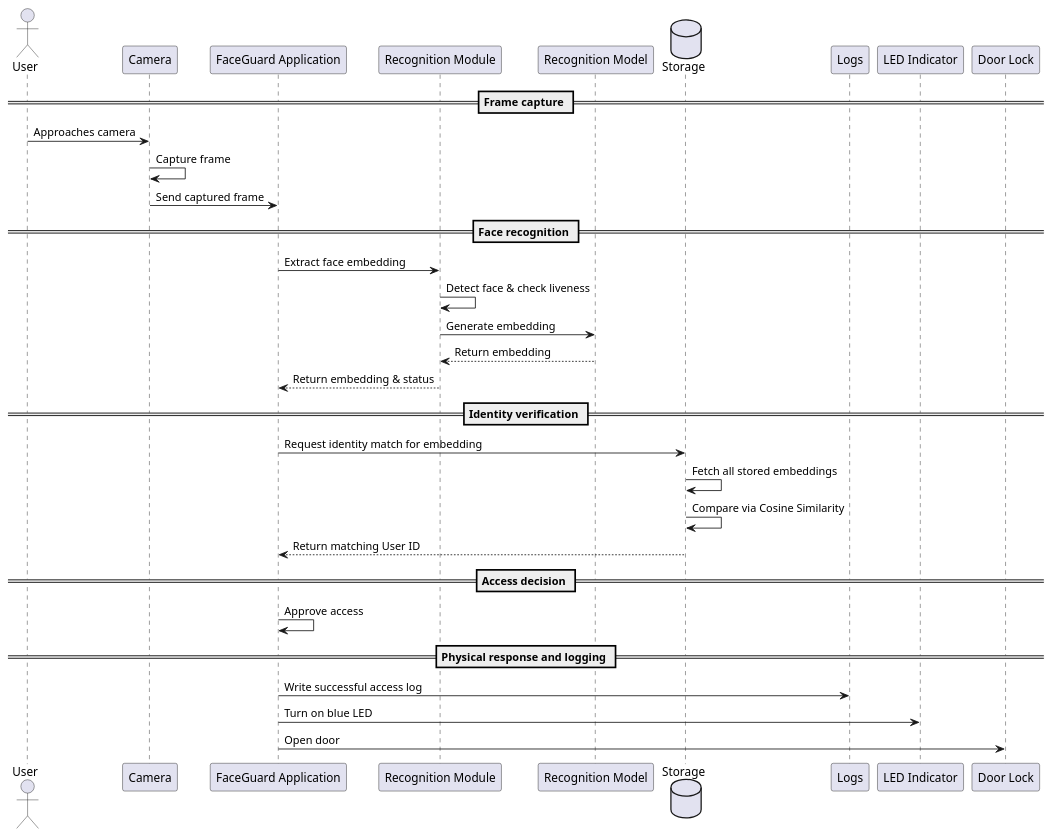
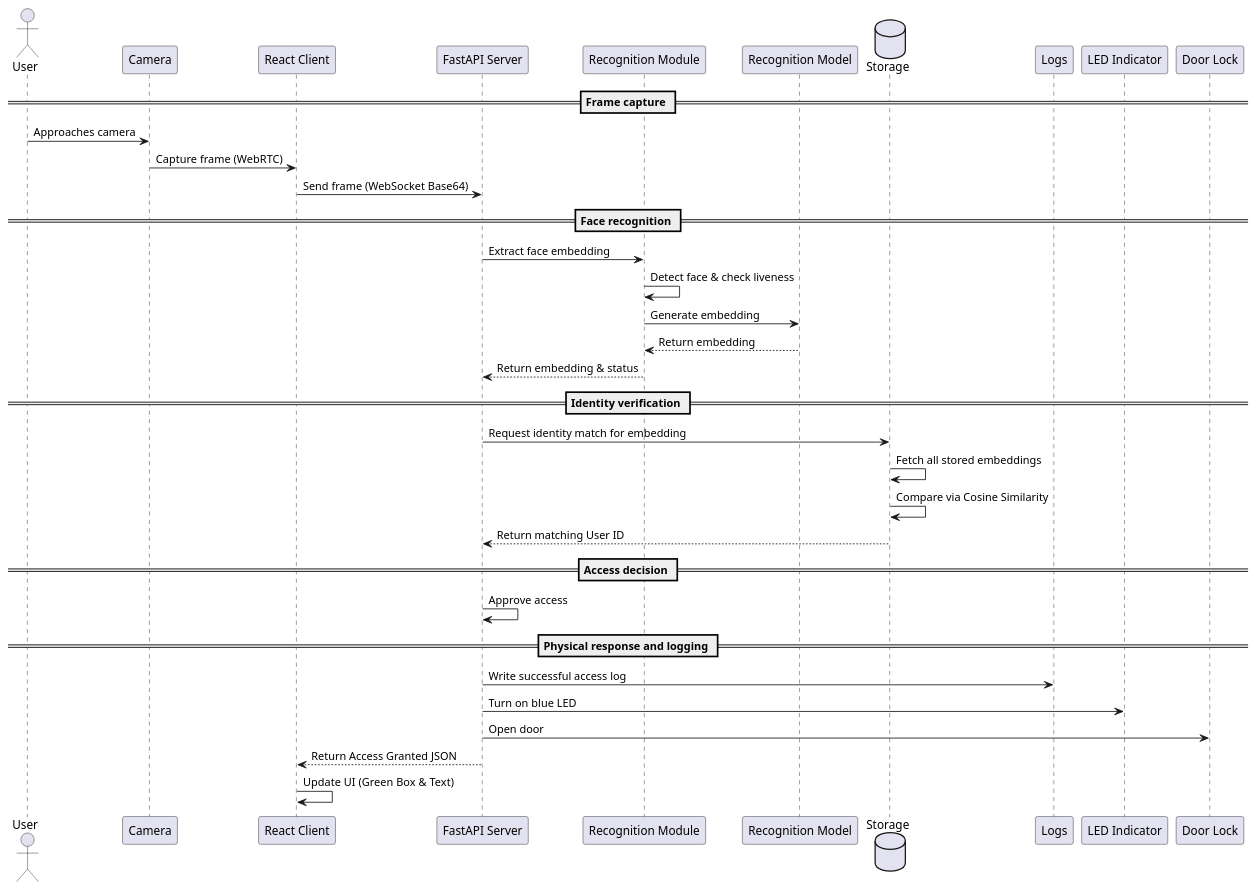
The diagram in docs/architecture/dynamic-view/sequence-diagram.puml (Innopolis-Robotics-Society/FaceGuardV3), drawn with PlantUML before and after one commit. The commit also changed 13 other files, not shown here.

Commit message:
docs: update architecture documentation and UATs for React/FastAPI transition, add ADR-005, and finalize Streamlit removal

```diff
--- a/docs/architecture/dynamic-view/sequence-diagram.puml
+++ b/docs/architecture/dynamic-view/sequence-diagram.puml
@@ -1,39 +1,42 @@
 @startuml dynamic-view
 
 actor User
 participant Camera
-participant "FaceGuard Application" as App
+participant "React Client" as Client
+participant "FastAPI Server" as Server
 participant "Recognition Module" as Recognition
 participant "Recognition Model" as Model
 database Storage
 participant Logs
 participant "LED Indicator" as LED
 participant "Door Lock" as Door
 
 == Frame capture ==
 User -> Camera: Approaches camera
-Camera -> Camera: Capture frame
-Camera -> App: Send captured frame
+Camera -> Client: Capture frame (WebRTC)
+Client -> Server: Send frame (WebSocket Base64)
 
 == Face recognition ==
-App -> Recognition: Extract face embedding
+Server -> Recognition: Extract face embedding
 Recognition -> Recognition: Detect face & check liveness
 Recognition -> Model: Generate embedding
 Model --> Recognition: Return embedding
-Recognition --> App: Return embedding & status
+Recognition --> Server: Return embedding & status
 
 == Identity verification ==
-App -> Storage: Request identity match for embedding
+Server -> Storage: Request identity match for embedding
 Storage -> Storage: Fetch all stored embeddings
 Storage -> Storage: Compare via Cosine Similarity
-Storage --> App: Return matching User ID
+Storage --> Server: Return matching User ID
 
 == Access decision ==
-App -> App: Approve access
+Server -> Server: Approve access
 
 == Physical response and logging ==
-App -> Logs: Write successful access log
-App -> LED: Turn on blue LED
-App -> Door: Open door
+Server -> Logs: Write successful access log
+Server -> LED: Turn on blue LED
+Server -> Door: Open door
+Server --> Client: Return Access Granted JSON
+Client -> Client: Update UI (Green Box & Text)
 
 @enduml
```
